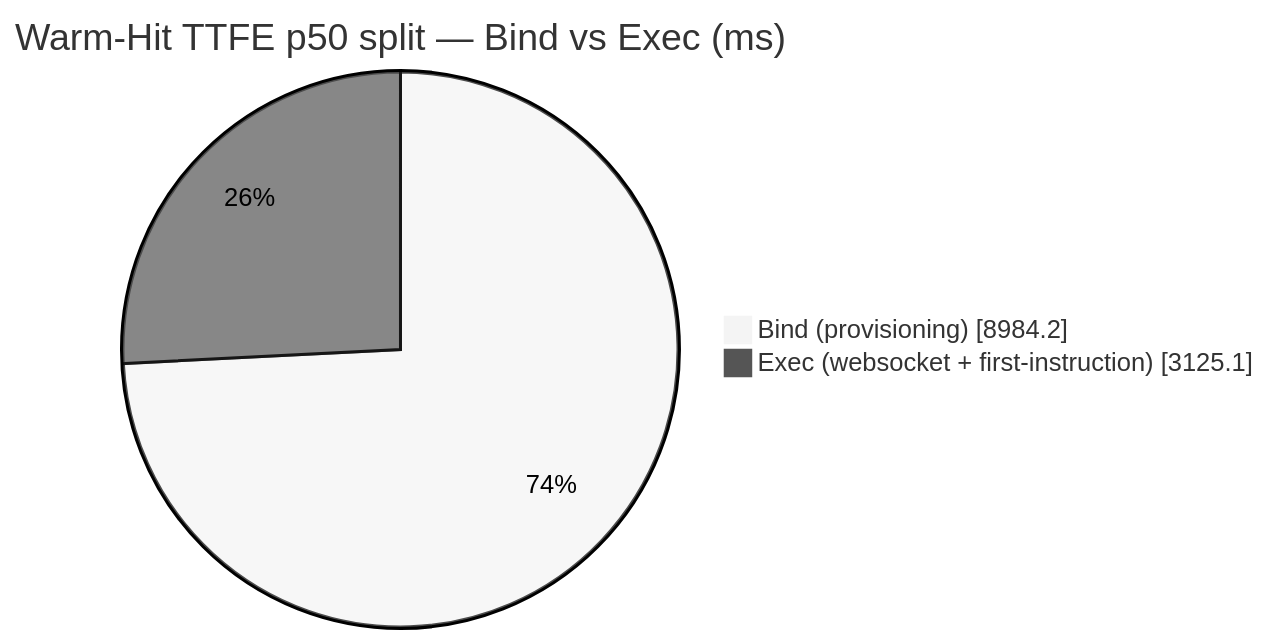
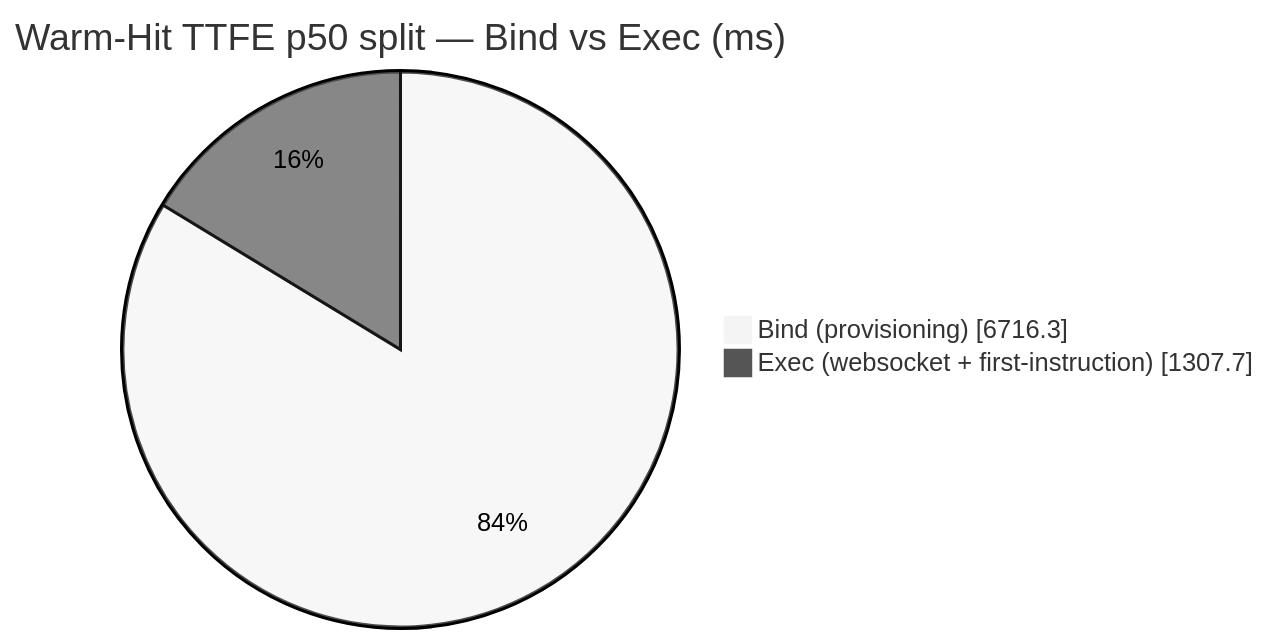
The diagram in DETAILS.md (AlexBulankou/honest-bench), drawn with Mermaid (neutral theme) before and after one commit. The commit also changed other lines of this file and 4 other files, not shown here.

````diff
--- a/DETAILS.md
+++ b/DETAILS.md
@@ -99,6 +100,6 @@
 ```mermaid
 pie showData
     title Warm-Hit TTFE p50 split — Bind vs Exec (ms)
-    "Bind (provisioning)" : 8984.2
-    "Exec (websocket + first-instruction)" : 3125.1
+    "Bind (provisioning)" : 6716.3
+    "Exec (websocket + first-instruction)" : 1307.7
 ```
````
